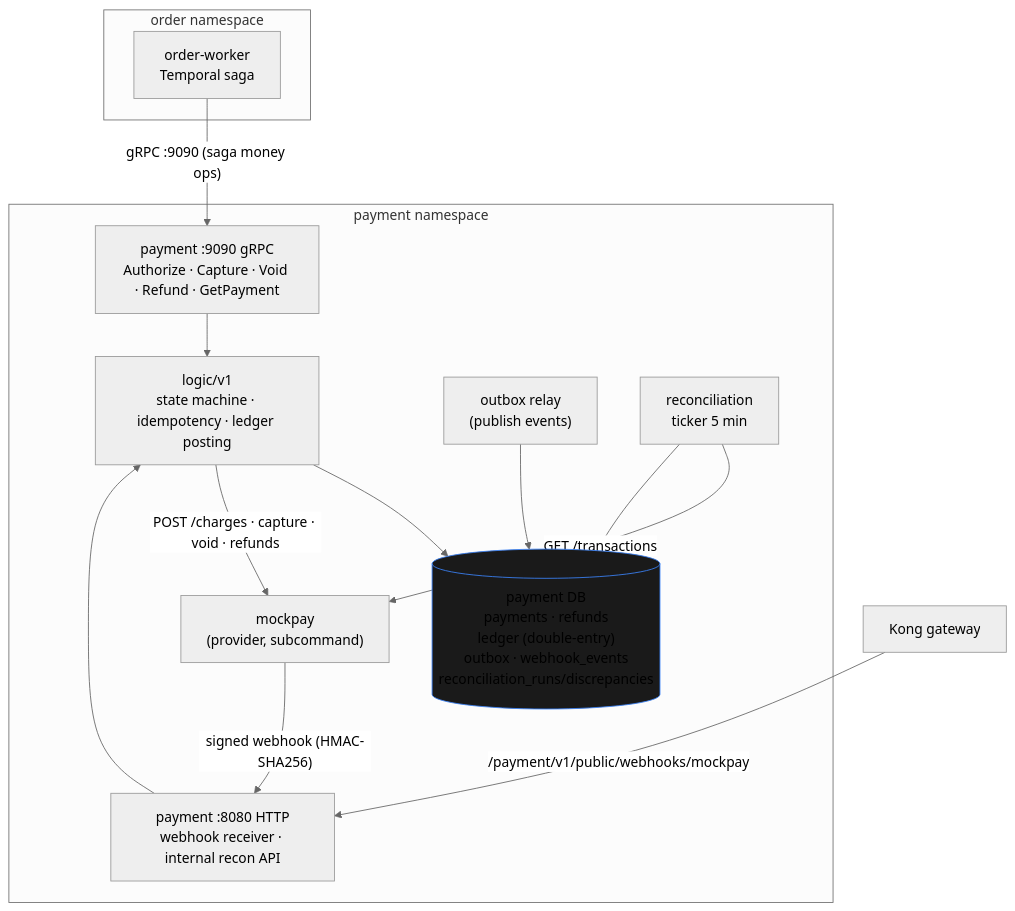
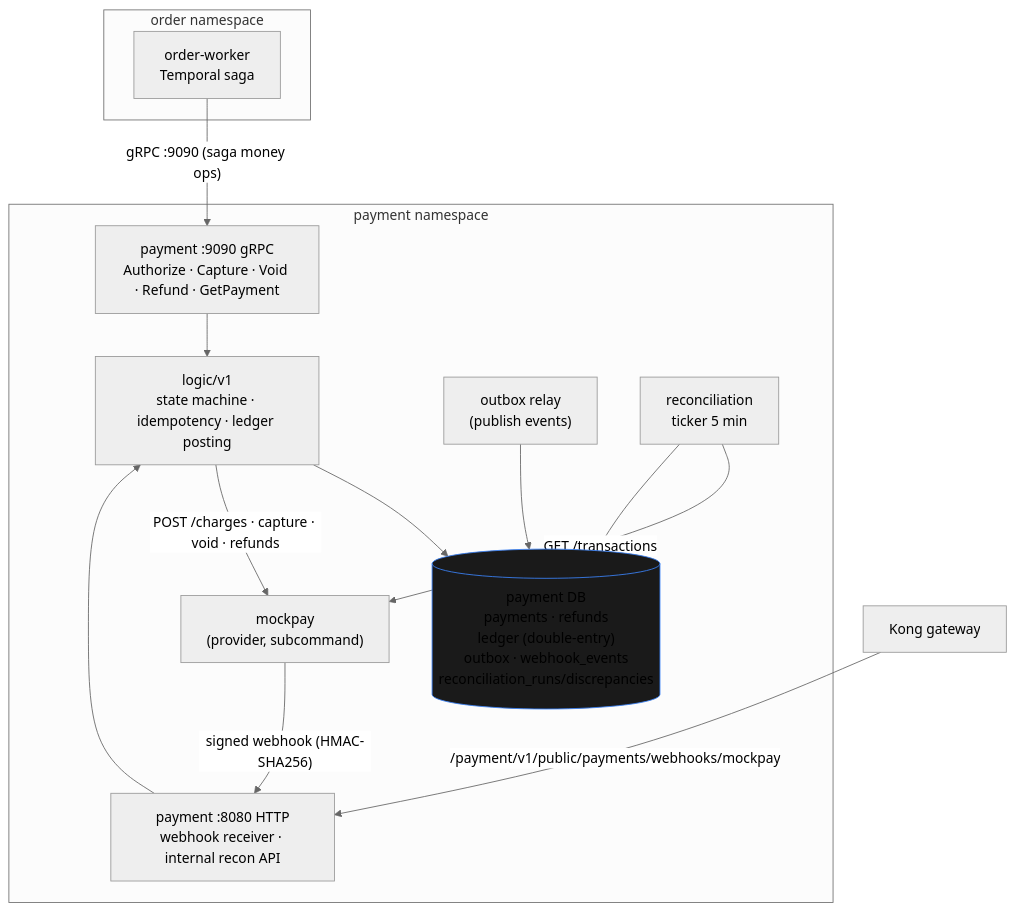
One commit to duynhlab/homelab changed the tenth of 11 diagrams in docs/api/saga-vs-2pc.md. Above: the diagram before and after it, drawn with Mermaid (neutral theme). The commit also changed 18 other files, not shown here.

````diff
--- a/docs/api/saga-vs-2pc.md
+++ b/docs/api/saga-vs-2pc.md
@@ -325,28 +325,28 @@
 ```mermaid
 flowchart TB
     subgraph order_ns["order namespace"]
         OW["order-worker<br/>Temporal saga"]
     end
     subgraph payment_ns["payment namespace"]
         PGRPC["payment :9090 gRPC<br/>Authorize · Capture · Void · Refund · GetPayment"]
         PHTTP["payment :8080 HTTP<br/>webhook receiver · internal recon API"]
         PLOGIC["logic/v1<br/>state machine · idempotency · ledger posting"]
         PDB[("payment DB<br/>payments · refunds<br/>ledger (double-entry)<br/>outbox · webhook_events<br/>reconciliation_runs/discrepancies")]
         MP["mockpay<br/>(provider, subcommand)"]
         RELAY["outbox relay<br/>(publish events)"]
         RECON["reconciliation<br/>ticker 5 min"]
         PGRPC --> PLOGIC
         PHTTP --> PLOGIC
         PLOGIC --> PDB
         PLOGIC -->|"POST /charges · capture · void · refunds"| MP
         MP -->|"signed webhook (HMAC-SHA256)"| PHTTP
         RELAY --> PDB
         RECON -->|"GET /transactions"| MP
         RECON --> PDB
     end
     OW -->|"gRPC :9090 (saga money ops)"| PGRPC
-    KONG["Kong gateway"] -->|"/payment/v1/public/webhooks/mockpay"| PHTTP
+    KONG["Kong gateway"] -->|"/payment/v1/public/payments/webhooks/mockpay"| PHTTP
 
     classDef db fill:#1a1a1a,stroke:#3b82f6;
     class PDB db;
 ```
````
